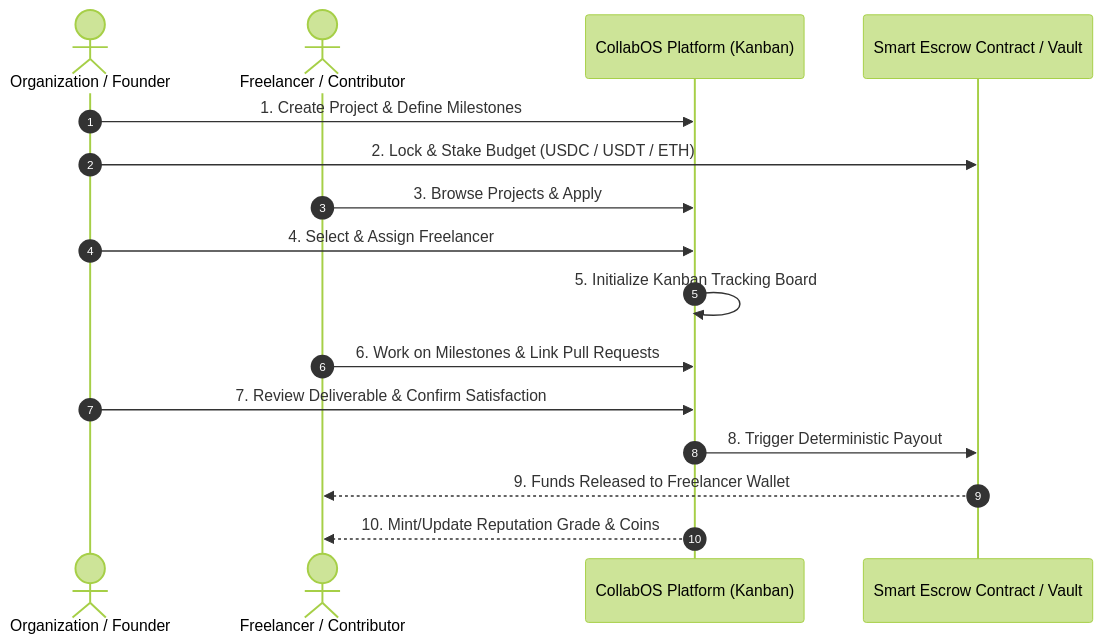
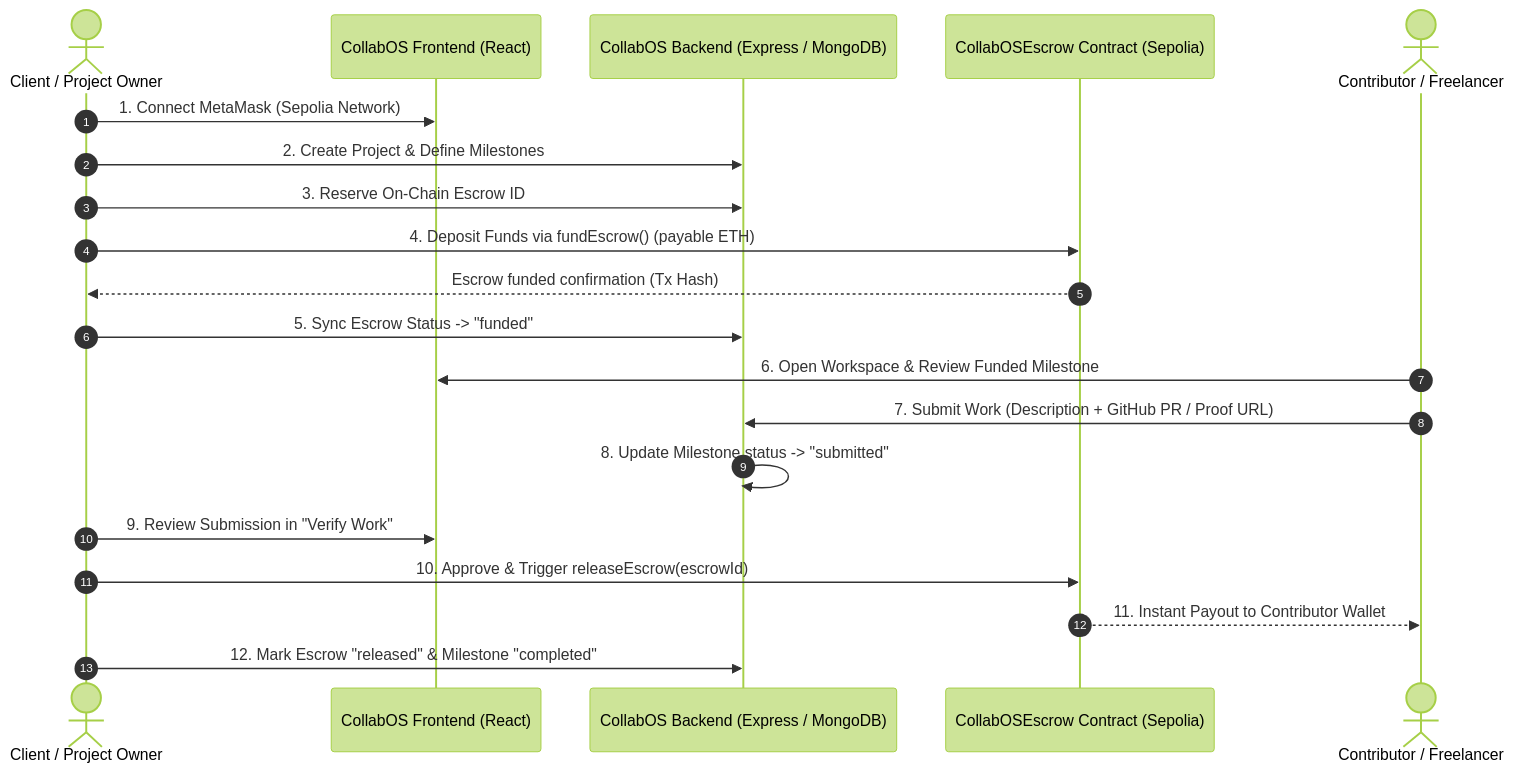
The diagram in README.md (codegeekpy/CollabOS), drawn with Mermaid (forest theme) before and after one commit. The commit also changed other lines of this file, not shown here.

````diff
--- a/README.md
+++ b/README.md
@@ -88,19 +66,23 @@
 ```mermaid
 sequenceDiagram
     autonumber
-    actor Org as Organization / Founder
-    actor Free as Freelancer / Contributor
-    participant Platform as CollabOS Platform (Kanban)
-    participant Escrow as Smart Escrow Contract / Vault
+    actor Client as Client / Project Owner
+    participant Web as CollabOS Frontend (React)
+    participant API as CollabOS Backend (Express / MongoDB)
+    participant Contract as CollabOSEscrow Contract (Sepolia)
+    actor Contributor as Contributor / Freelancer
 
-    Org->>Platform: 1. Create Project & Define Milestones
-    Org->>Escrow: 2. Lock & Stake Budget (USDC / USDT / ETH)
-    Free->>Platform: 3. Browse Projects & Apply
-    Org->>Platform: 4. Select & Assign Freelancer
-    Platform->>Platform: 5. Initialize Kanban Tracking Board
-    Free->>Platform: 6. Work on Milestones & Link Pull Requests
-    Org->>Platform: 7. Review Deliverable & Confirm Satisfaction
-    Platform->>Escrow: 8. Trigger Deterministic Payout
-    Escrow-->>Free: 9. Funds Released to Freelancer Wallet
-    Platform-->>Free: 10. Mint/Update Reputation Grade & Coins
+    Client->>Web: 1. Connect MetaMask (Sepolia Network)
+    Client->>API: 2. Create Project & Define Milestones
+    Client->>API: 3. Reserve On-Chain Escrow ID
+    Client->>Contract: 4. Deposit Funds via fundEscrow() (payable ETH)
+    Contract-->>Client: Escrow funded confirmation (Tx Hash)
+    Client->>API: 5. Sync Escrow Status -> "funded"
+    Contributor->>Web: 6. Open Workspace & Review Funded Milestone
+    Contributor->>API: 7. Submit Work (Description + GitHub PR / Proof URL)
+    API->>API: 8. Update Milestone status -> "submitted"
+    Client->>Web: 9. Review Submission in "Verify Work"
+    Client->>Contract: 10. Approve & Trigger releaseEscrow(escrowId)
+    Contract-->>Contributor: 11. Instant Payout to Contributor Wallet
+    Client->>API: 12. Mark Escrow "released" & Milestone "completed"
 ```
````
